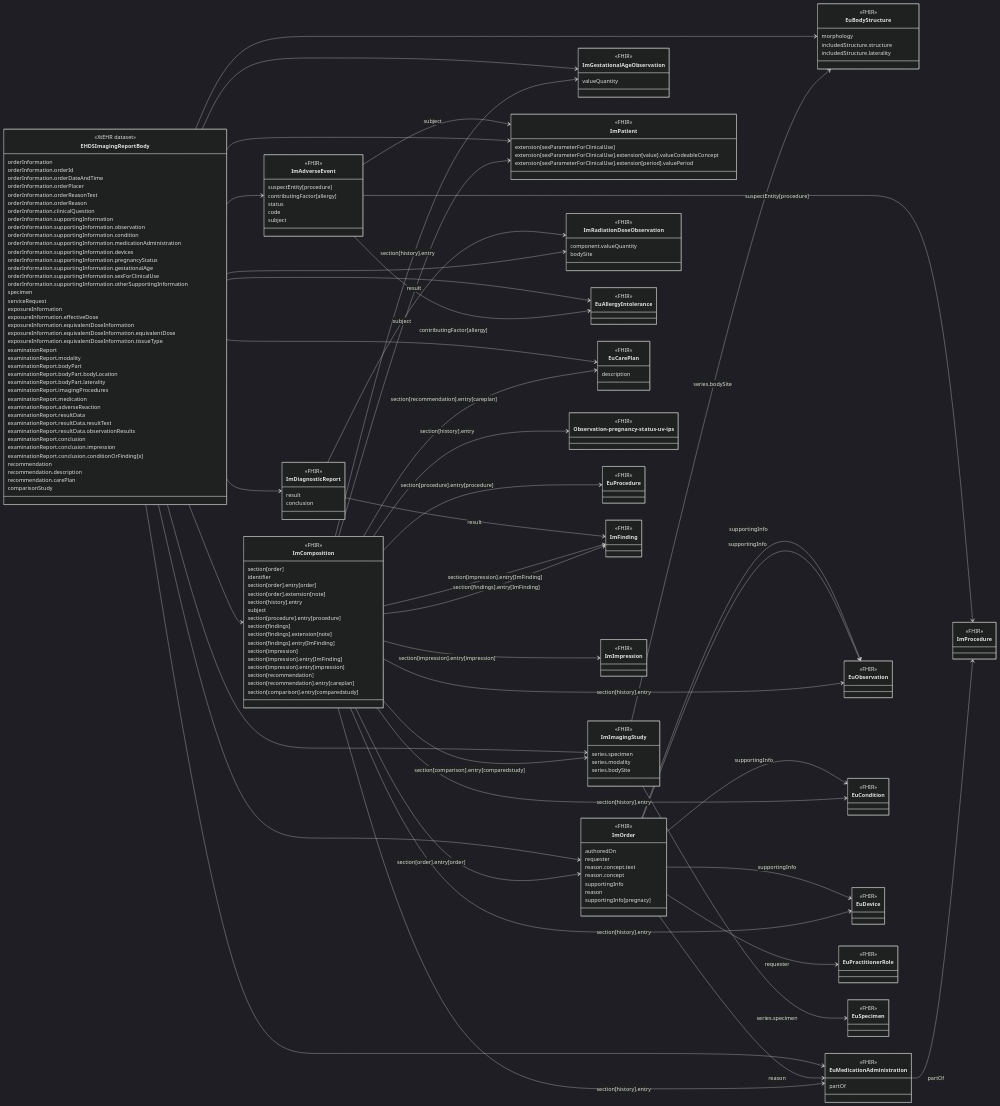
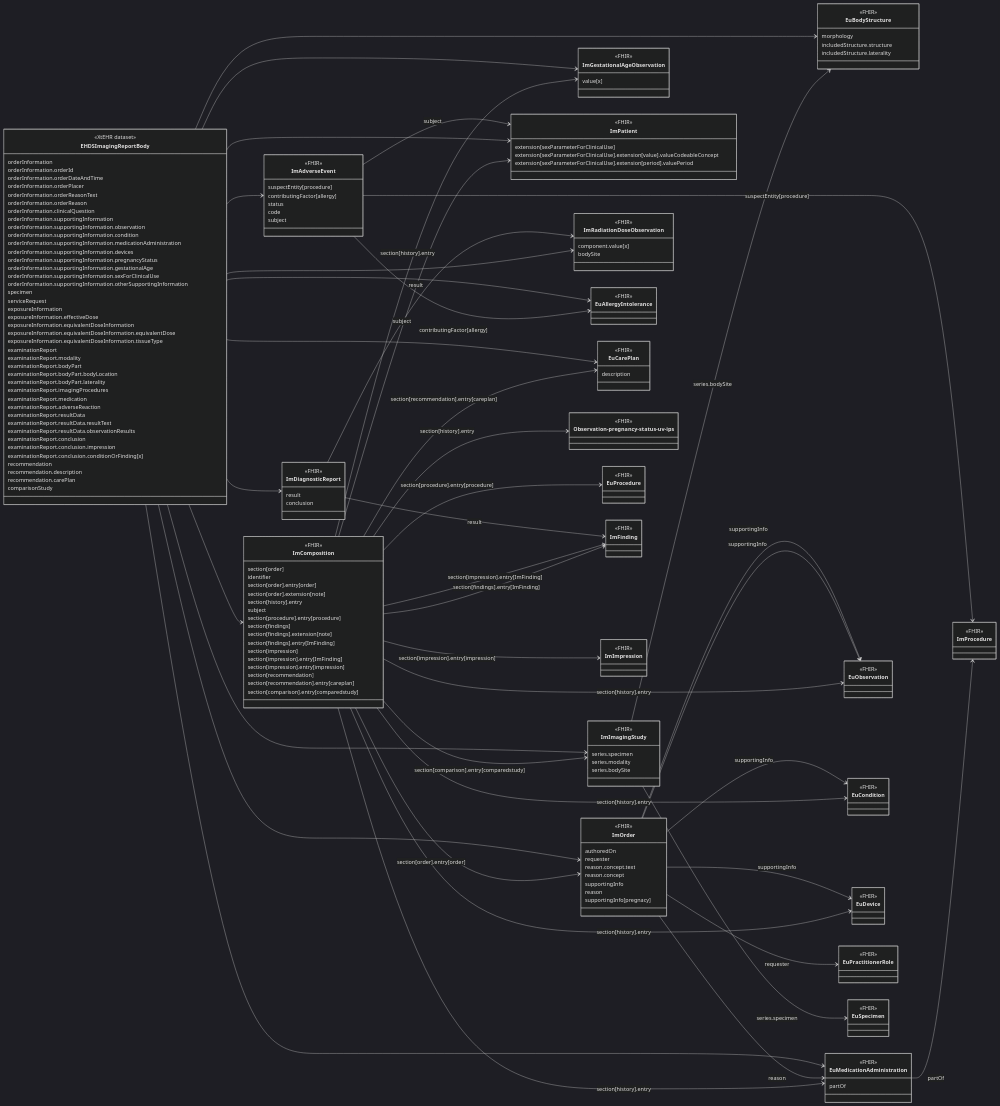
The diagram in input/intro-notes/ConceptMap-EHDSImagingReportBodyMap-intro.md (oijauregui/ehdsimaging), drawn with Mermaid (dark theme) before and after one commit. The commit also changed 13 other files, not shown here.

Commit message:
Added missing fields to observation resources and fixed related modelling error (valueQuantity -> value[x])

```diff
--- a/input/intro-notes/ConceptMap-EHDSImagingReportBodyMap-intro.md
+++ b/input/intro-notes/ConceptMap-EHDSImagingReportBodyMap-intro.md
@@ -83,7 +83,7 @@
 
 class ImGestationalAgeObservation{
   <<FHIR>>
-  valueQuantity
+  value[x]
 }
 
 class ImPatient{
@@ -102,7 +102,7 @@
 
 class ImRadiationDoseObservation{
   <<FHIR>>
-  component.valueQuantity
+  component.value[x]
   bodySite
 }
 
```
